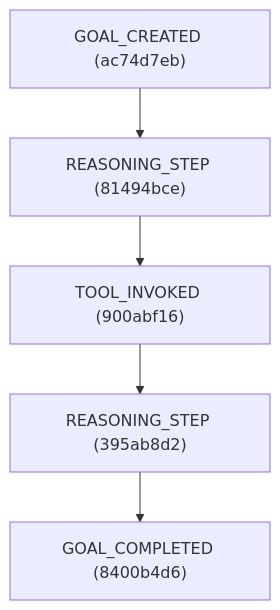
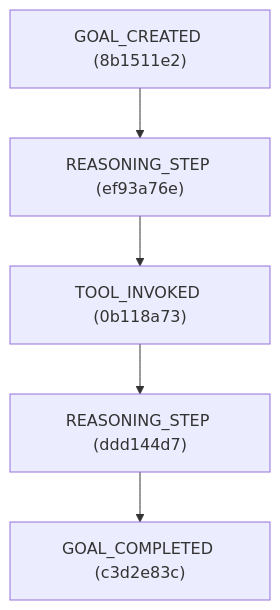
The first of 4 diagrams in research_paper_analysis_visualization.md (miltzhaw/langraph_playground), drawn with Mermaid before and after one commit. The commit also changed other lines of this file and 10 other files, not shown here.

````diff
--- a/research_paper_analysis_visualization.md
+++ b/research_paper_analysis_visualization.md
@@ -3,12 +3,12 @@
 ```mermaid
 graph TD
-    ac74d7eb["GOAL_CREATED (ac74d7eb)"]
-    81494bce["REASONING_STEP (81494bce)"]
-    900abf16["TOOL_INVOKED (900abf16)"]
-    395ab8d2["REASONING_STEP (395ab8d2)"]
-    8400b4d6["GOAL_COMPLETED (8400b4d6)"]
-    395ab8d2 --> 8400b4d6
-    900abf16 --> 395ab8d2
-    ac74d7eb --> 81494bce
-    81494bce --> 900abf16
+    8b1511e2["GOAL_CREATED (8b1511e2)"]
+    ef93a76e["REASONING_STEP (ef93a76e)"]
+    0b118a73["TOOL_INVOKED (0b118a73)"]
+    ddd144d7["REASONING_STEP (ddd144d7)"]
+    c3d2e83c["GOAL_COMPLETED (c3d2e83c)"]
+    ddd144d7 --> c3d2e83c
+    8b1511e2 --> ef93a76e
+    0b118a73 --> ddd144d7
+    ef93a76e --> 0b118a73
 ```
````
